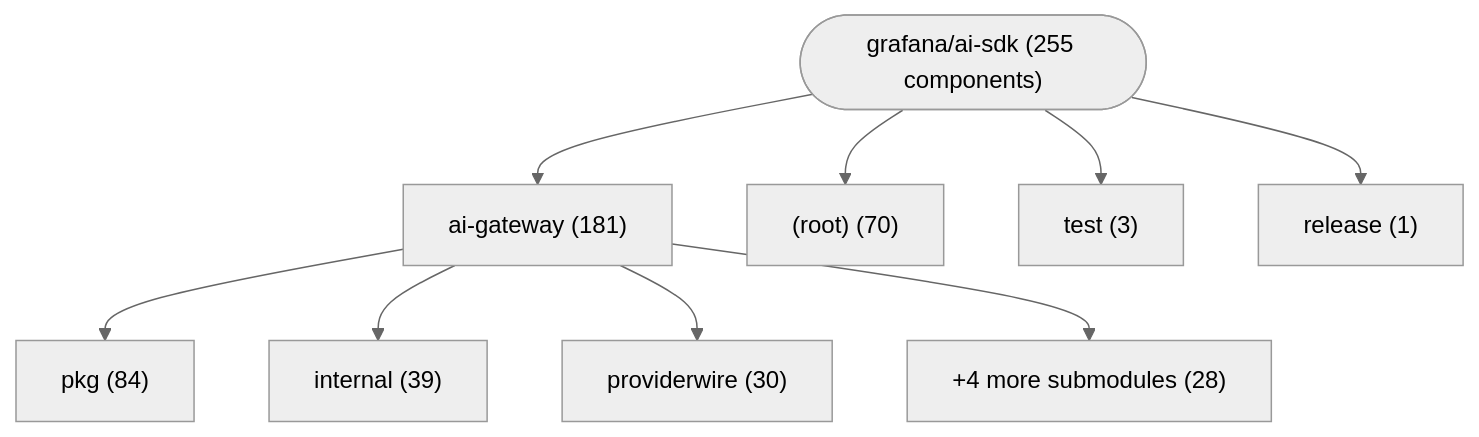
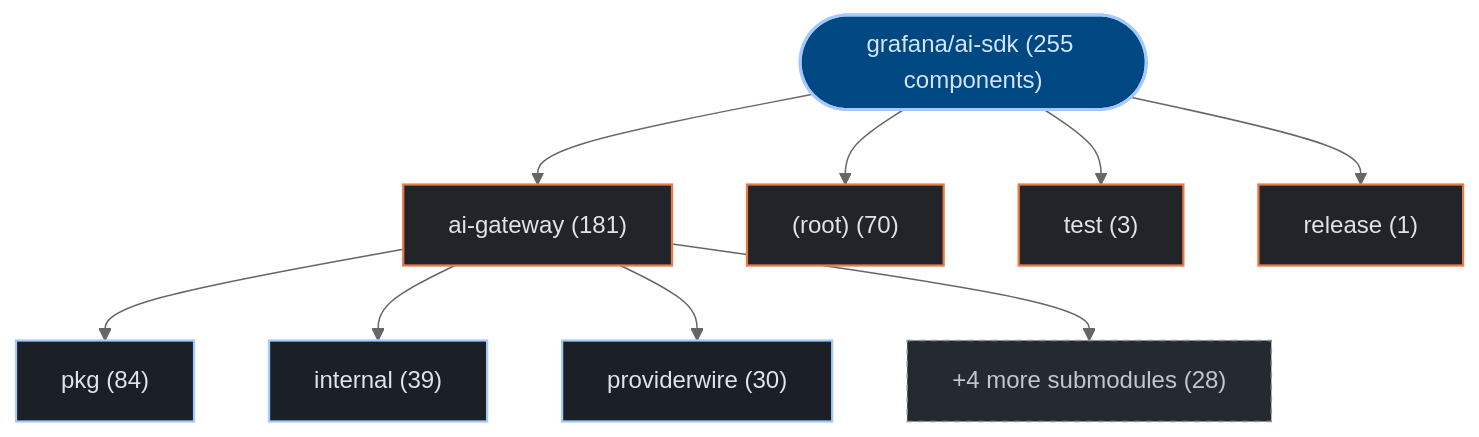
Before and after one commit to kumarshaz/atruss-code-atlas: the first of 3 diagrams in exports/latest/reports/grafana-ai-sdk-report.md, drawn with Mermaid (neutral theme). The commit also changed other lines of this file and 331 other files, not shown here.

Commit message:
docs,ui,fix: update SDLC docs, reorder CI/CD DAG first, stylize Mermaid, and fix Arc42 pipeline topology

````diff
--- a/exports/latest/reports/grafana-ai-sdk-report.md
+++ b/exports/latest/reports/grafana-ai-sdk-report.md
@@ -42,20 +42,27 @@
 ```mermaid
 graph TD;
-    repo_root(["grafana/ai-sdk (255 components)"])
-    dir_0_ai_gateway["ai-gateway (181)"]
+  classDef atlasRoot fill:#004882,stroke:#a3c9ff,stroke-width:2px,color:#d3e4ff
+  classDef atlasCategory fill:#212428,stroke:#E87A48,stroke-width:1.5px,color:#dfe3eb
+  classDef atlasWorkflow fill:#1b2026,stroke:#a3c9ff,stroke-width:1.5px,color:#dfe3eb
+  classDef atlasJob fill:#171c22,stroke:#8d9199,stroke-width:1px,color:#dfe3eb
+  classDef atlasTarget fill:#005227,stroke:#8bd99b,stroke-width:1.5px,color:#a7f6b6
+  classDef atlasAlert fill:#93000a,stroke:#ffb4ab,stroke-width:1.5px,color:#ffdad6
+  classDef atlasMore fill:#252a31,stroke:#8d9199,stroke-dasharray:4 4,color:#c3c6cf
+    repo_root(["grafana/ai-sdk (255 components)"]):::atlasRoot
+    dir_0_ai_gateway["ai-gateway (181)"]:::atlasCategory
     repo_root --> dir_0_ai_gateway
-    sub_0_0_pkg["pkg (84)"]
+    sub_0_0_pkg["pkg (84)"]:::atlasWorkflow
     dir_0_ai_gateway --> sub_0_0_pkg
-    sub_0_1_internal["internal (39)"]
+    sub_0_1_internal["internal (39)"]:::atlasWorkflow
     dir_0_ai_gateway --> sub_0_1_internal
-    sub_0_2_providerwire["providerwire (30)"]
+    sub_0_2_providerwire["providerwire (30)"]:::atlasWorkflow
     dir_0_ai_gateway --> sub_0_2_providerwire
-    sub_0_more["+4 more submodules (28)"]
+    sub_0_more["+4 more submodules (28)"]:::atlasMore
     dir_0_ai_gateway --> sub_0_more
-    dir_1__root_["(root) (70)"]
+    dir_1__root_["(root) (70)"]:::atlasCategory
     repo_root --> dir_1__root_
-    dir_2_test["test (3)"]
+    dir_2_test["test (3)"]:::atlasCategory
     repo_root --> dir_2_test
-    dir_3_release["release (1)"]
+    dir_3_release["release (1)"]:::atlasCategory
     repo_root --> dir_3_release
 ```
````
